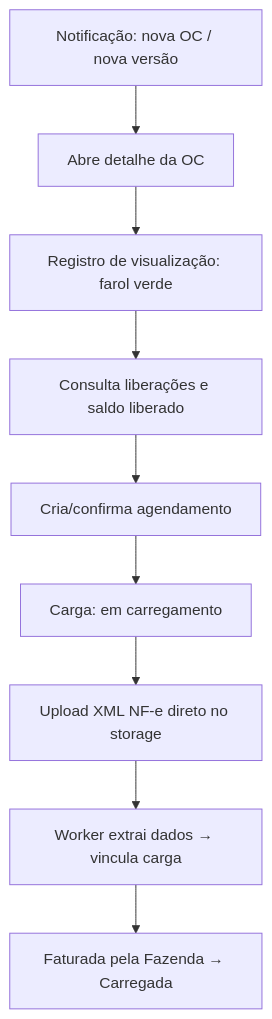
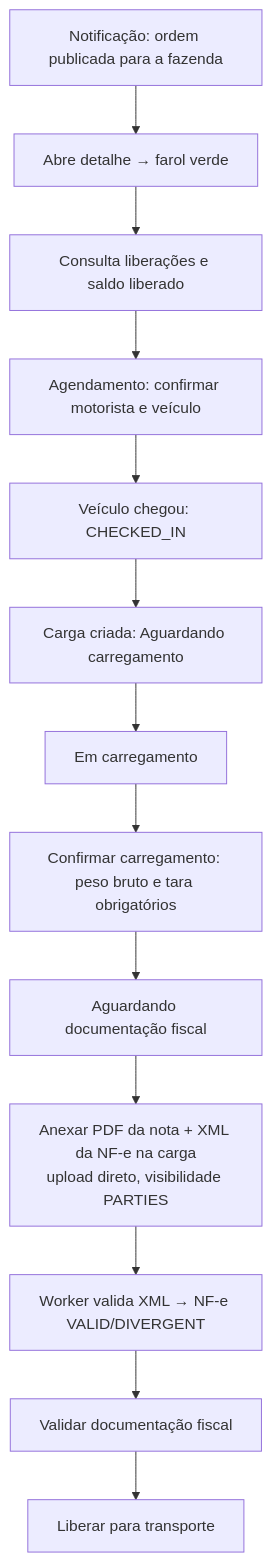
Before and after one commit to antoniocavali/Ordens_2.0: the fifth of 6 diagrams in docs/flows.md, drawn with Mermaid. The commit also changed other lines of this file and 36 other files, not shown here.

First line of the commit message:
feat(ordens): solicitação do Comprador, Faturamento e documentação fiscal da carga

````diff
--- a/docs/flows.md
+++ b/docs/flows.md
@@ -31,11 +75,15 @@
 ```mermaid
 flowchart TD
-  A[Notificação: nova OC / nova versão] --> B[Abre detalhe da OC]
-  B --> C[Registro de visualização: farol verde]
-  C --> D[Consulta liberações e saldo liberado]
-  D --> E[Cria/confirma agendamento]
-  E --> F[Carga: em carregamento]
-  F --> G[Upload XML NF-e direto no storage]
-  G --> H[Worker extrai dados → vincula carga]
-  H --> I[Faturada pela Fazenda → Carregada]
+  A[Notificação: ordem publicada para a fazenda] --> B[Abre detalhe → farol verde]
+  B --> C[Consulta liberações e saldo liberado]
+  C --> D[Agendamento: confirmar motorista e veículo]
+  D --> E[Veículo chegou: CHECKED_IN]
+  E --> F[Carga criada: Aguardando carregamento]
+  F --> G[Em carregamento]
+  G --> H[Confirmar carregamento: peso bruto e tara obrigatórios]
+  H --> I[Aguardando documentação fiscal]
+  I --> J[Anexar PDF da nota + XML da NF-e na carga<br/>upload direto, visibilidade PARTIES]
+  J --> K[Worker valida XML → NF-e VALID/DIVERGENT]
+  K --> L[Validar documentação fiscal]
+  L --> M[Liberar para transporte]
 ```
````
